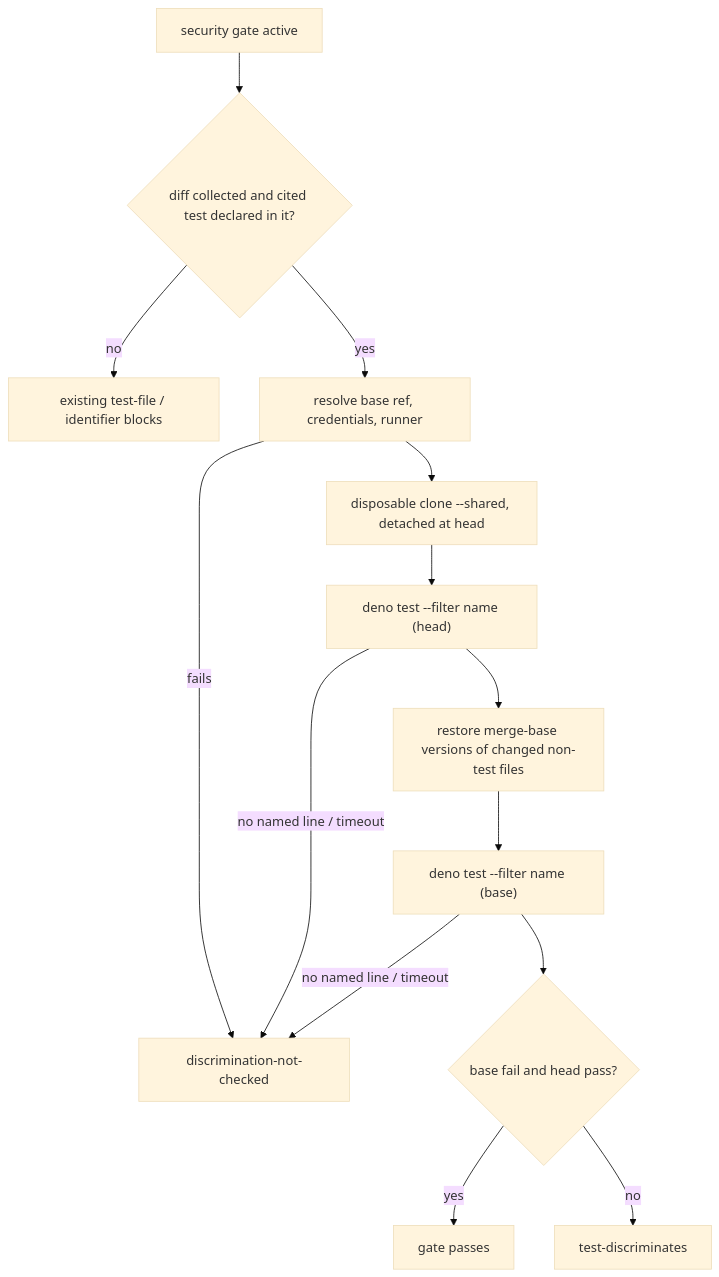
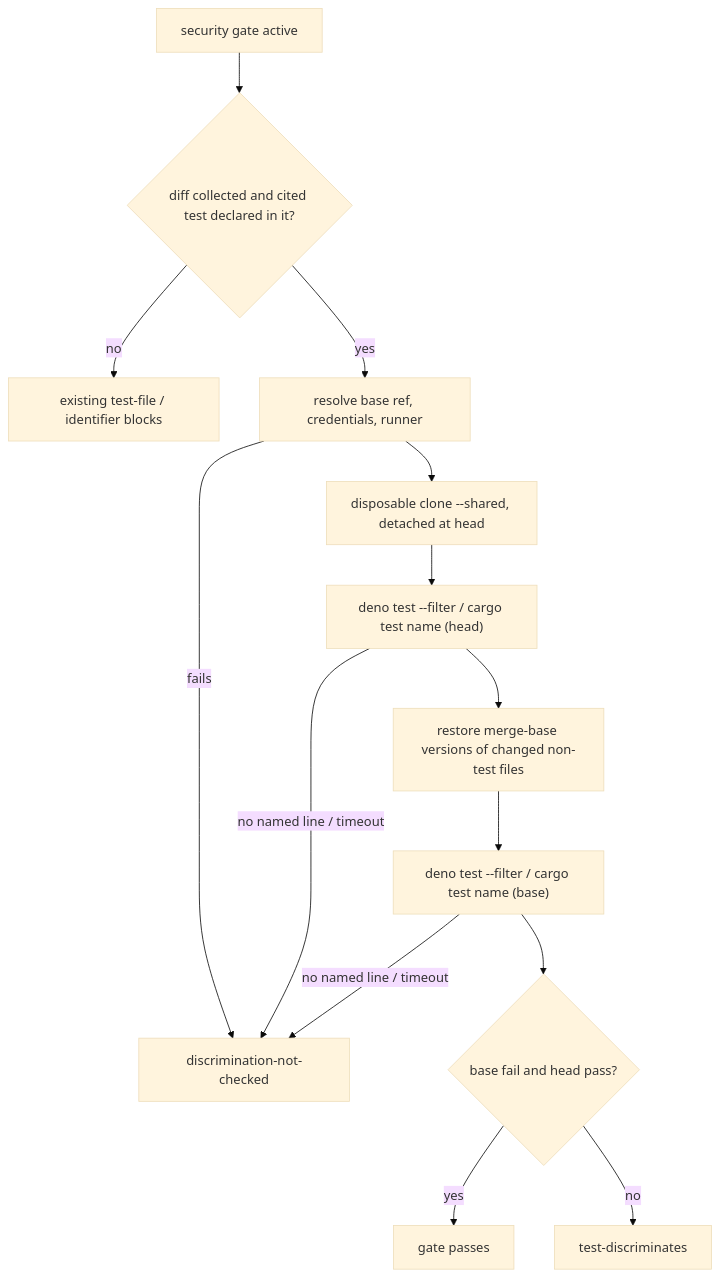
Before and after one commit to stSoftwareAU/VibeCoder: the diagram in docs/archive/pr-summaries/pr-summary-3659.md, drawn with Mermaid (base theme). The commit also changed other lines of this file and 16 other files, not shown here.

````diff
--- a/docs/archive/pr-summaries/pr-summary-3659.md
+++ b/docs/archive/pr-summaries/pr-summary-3659.md
@@ -71,16 +82,16 @@
 ```mermaid
 flowchart TD
     A[security gate active] --> B{diff collected and cited test declared in it?}
     B -- no --> X[existing test-file / identifier blocks]
     B -- yes --> C[resolve base ref, credentials, runner]
     C -- fails --> NC[discrimination-not-checked]
     C --> D[disposable clone --shared, detached at head]
-    D --> E["deno test --filter name (head)"]
+    D --> E["deno test --filter / cargo test name (head)"]
     E -- no named line / timeout --> NC
     E --> F[restore merge-base versions of changed non-test files]
-    F --> G["deno test --filter name (base)"]
+    F --> G["deno test --filter / cargo test name (base)"]
     G -- no named line / timeout --> NC
     G --> H{base fail and head pass?}
     H -- yes --> OK[gate passes]
     H -- no --> TD[test-discriminates]
 ```
````
